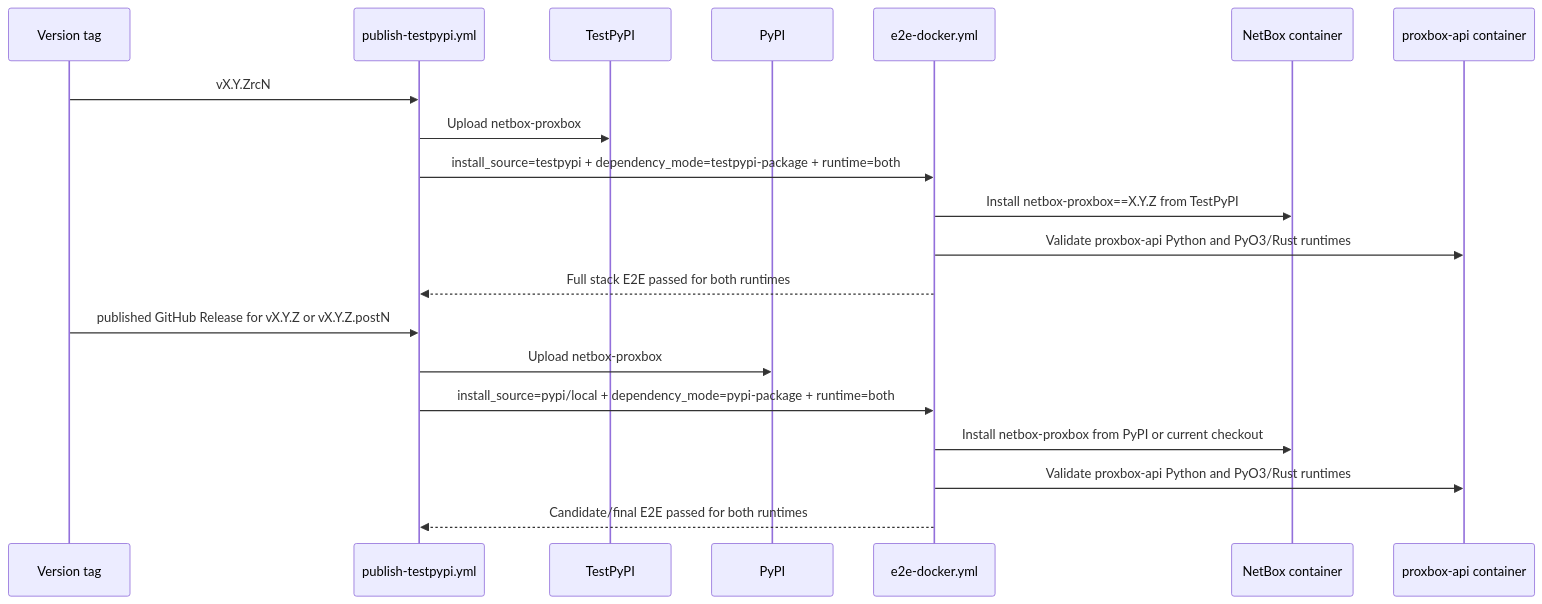
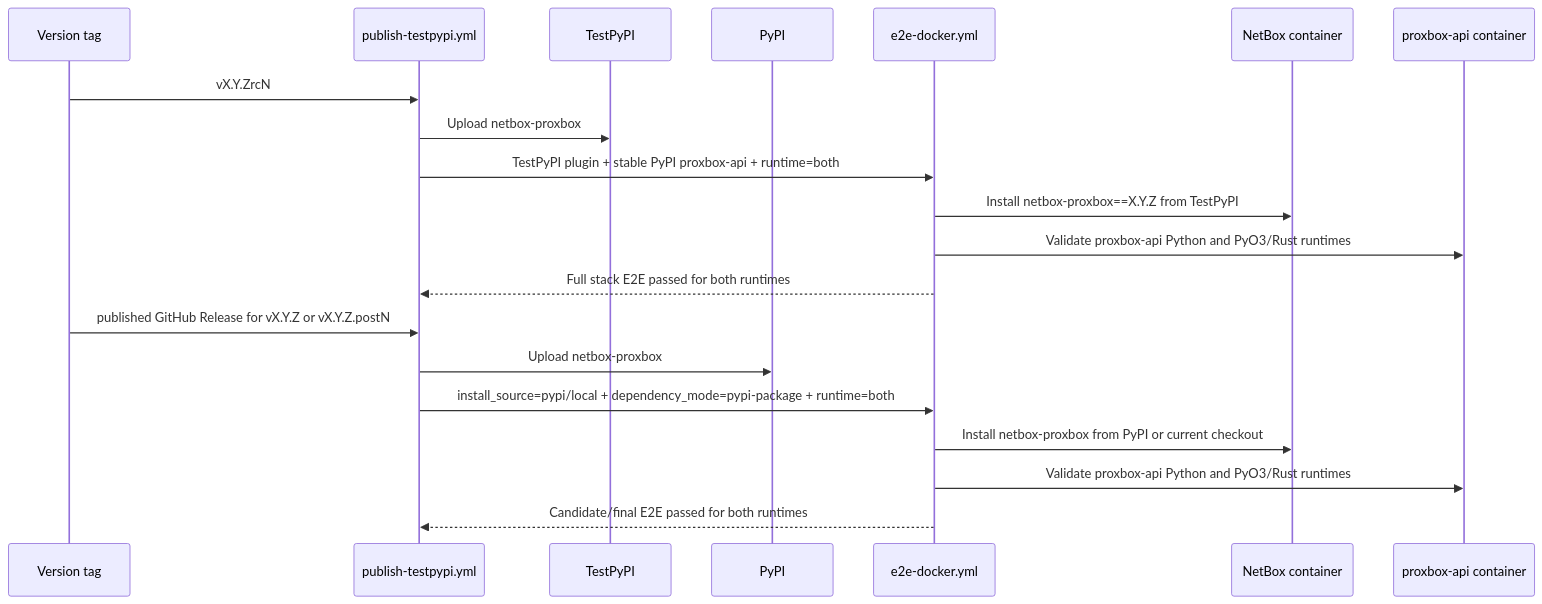
The second of 2 diagrams in docs/developer/ci-e2e-workflows.md (emersonfelipesp/netbox-proxbox), drawn with Mermaid before and after one commit. The commit also changed other lines of this file and 194 other files, not shown here.

````diff
--- a/docs/developer/ci-e2e-workflows.md
+++ b/docs/developer/ci-e2e-workflows.md
@@ -260,24 +303,24 @@
 ```mermaid
 sequenceDiagram
     participant Tag as Version tag
     participant WF as publish-testpypi.yml
     participant TP as TestPyPI
     participant PY as PyPI
     participant E2E as e2e-docker.yml
     participant NB as NetBox container
     participant API as proxbox-api container
 
     Tag->>WF: vX.Y.ZrcN
     WF->>TP: Upload netbox-proxbox
-    WF->>E2E: install_source=testpypi + dependency_mode=testpypi-package + runtime=both
+    WF->>E2E: TestPyPI plugin + stable PyPI proxbox-api + runtime=both
     E2E->>NB: Install netbox-proxbox==X.Y.Z from TestPyPI
     E2E->>API: Validate proxbox-api Python and PyO3/Rust runtimes
     E2E-->>WF: Full stack E2E passed for both runtimes
 
     Tag->>WF: published GitHub Release for vX.Y.Z or vX.Y.Z.postN
     WF->>PY: Upload netbox-proxbox
     WF->>E2E: install_source=pypi/local + dependency_mode=pypi-package + runtime=both
     E2E->>NB: Install netbox-proxbox from PyPI or current checkout
     E2E->>API: Validate proxbox-api Python and PyO3/Rust runtimes
     E2E-->>WF: Candidate/final E2E passed for both runtimes
 ```
````
